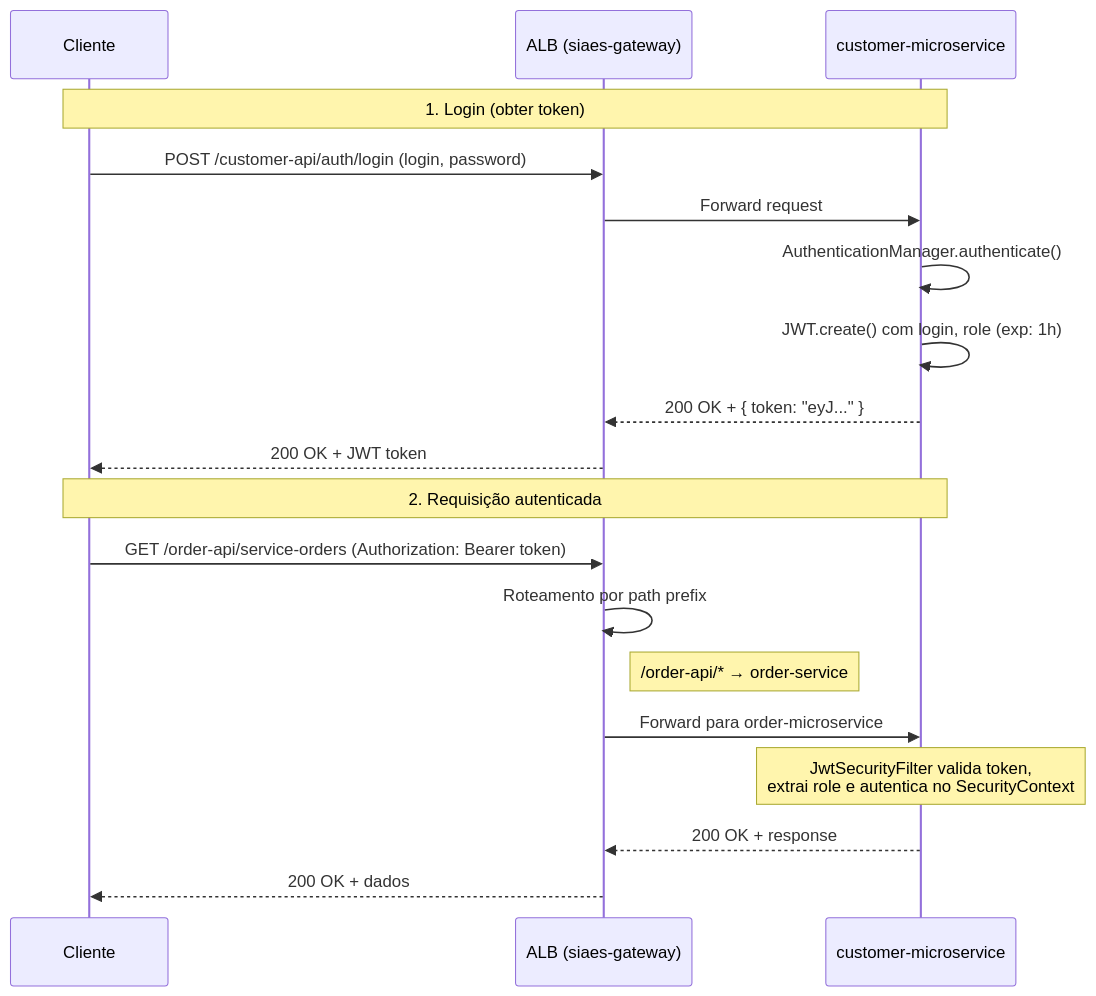
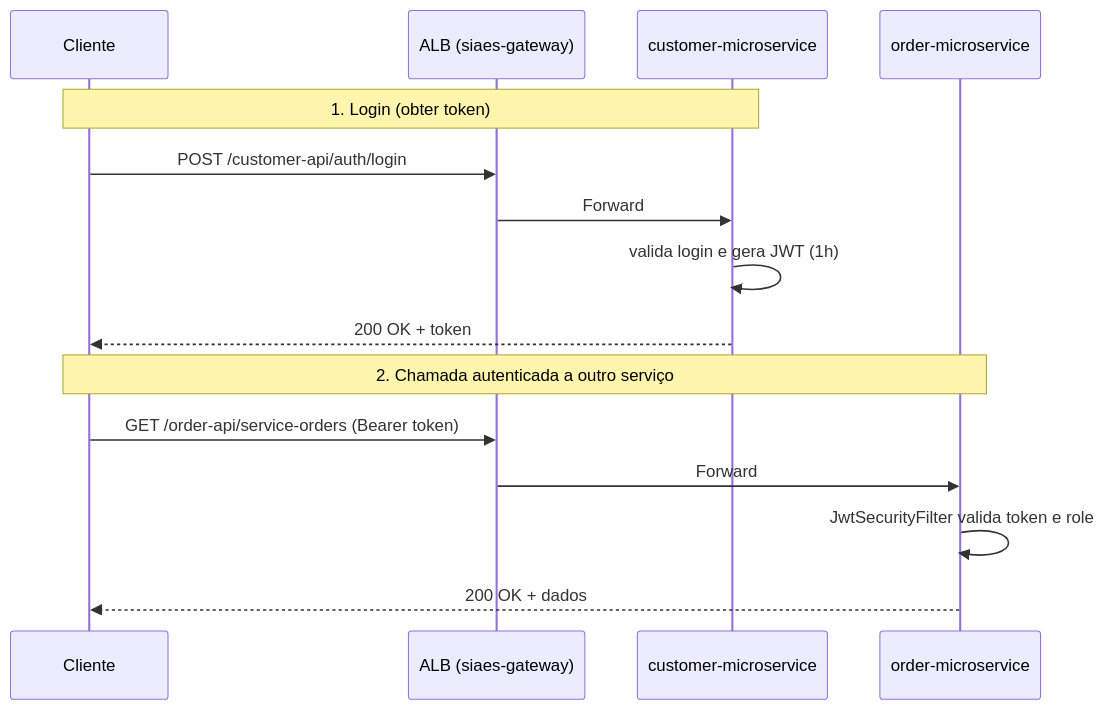
Before and after one commit to NullPointerXp/.github: the third of 7 diagrams in profile/README.md, drawn with Mermaid. The commit also changed other lines of this file, not shown here.

````diff
--- a/profile/README.md
+++ b/profile/README.md
@@ -287,23 +395,19 @@
 ```mermaid
 sequenceDiagram
     participant Client as Cliente
     participant ALB as ALB (siaes-gateway)
     participant Customer as customer-microservice
+    participant Order as order-microservice
 
     Note over Client,Customer: 1. Login (obter token)
-    Client->>ALB: POST /customer-api/auth/login (login, password)
-    ALB->>Customer: Forward request
-    Customer->>Customer: AuthenticationManager.authenticate()
-    Customer->>Customer: JWT.create() com login, role (exp: 1h)
-    Customer-->>ALB: 200 OK + { token: "eyJ..." }
-    ALB-->>Client: 200 OK + JWT token
+    Client->>ALB: POST /customer-api/auth/login
+    ALB->>Customer: Forward
+    Customer->>Customer: valida login e gera JWT (1h)
+    Customer-->>Client: 200 OK + token
 
-    Note over Client,Customer: 2. Requisição autenticada
-    Client->>ALB: GET /order-api/service-orders (Authorization: Bearer token)
-    ALB->>ALB: Roteamento por path prefix
-    Note right of ALB: /order-api/* → order-service
-    ALB->>Customer: Forward para order-microservice
-    Note over Customer: JwtSecurityFilter valida token,<br/>extrai role e autentica no SecurityContext
-    Customer-->>ALB: 200 OK + response
-    ALB-->>Client: 200 OK + dados
+    Note over Client,Order: 2. Chamada autenticada a outro serviço
+    Client->>ALB: GET /order-api/service-orders (Bearer token)
+    ALB->>Order: Forward
+    Order->>Order: JwtSecurityFilter valida token e role
+    Order-->>Client: 200 OK + dados
 ```
````
